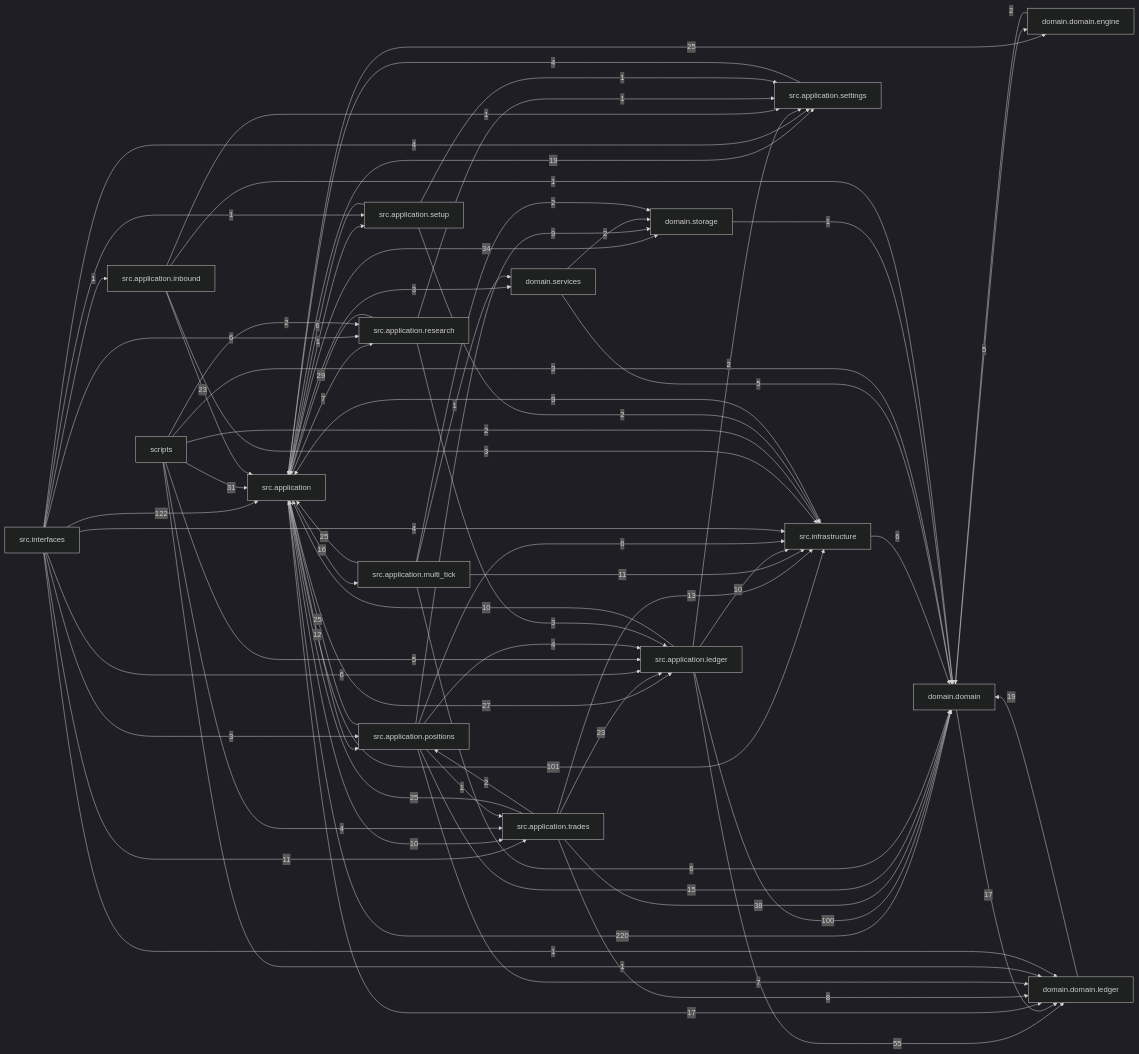
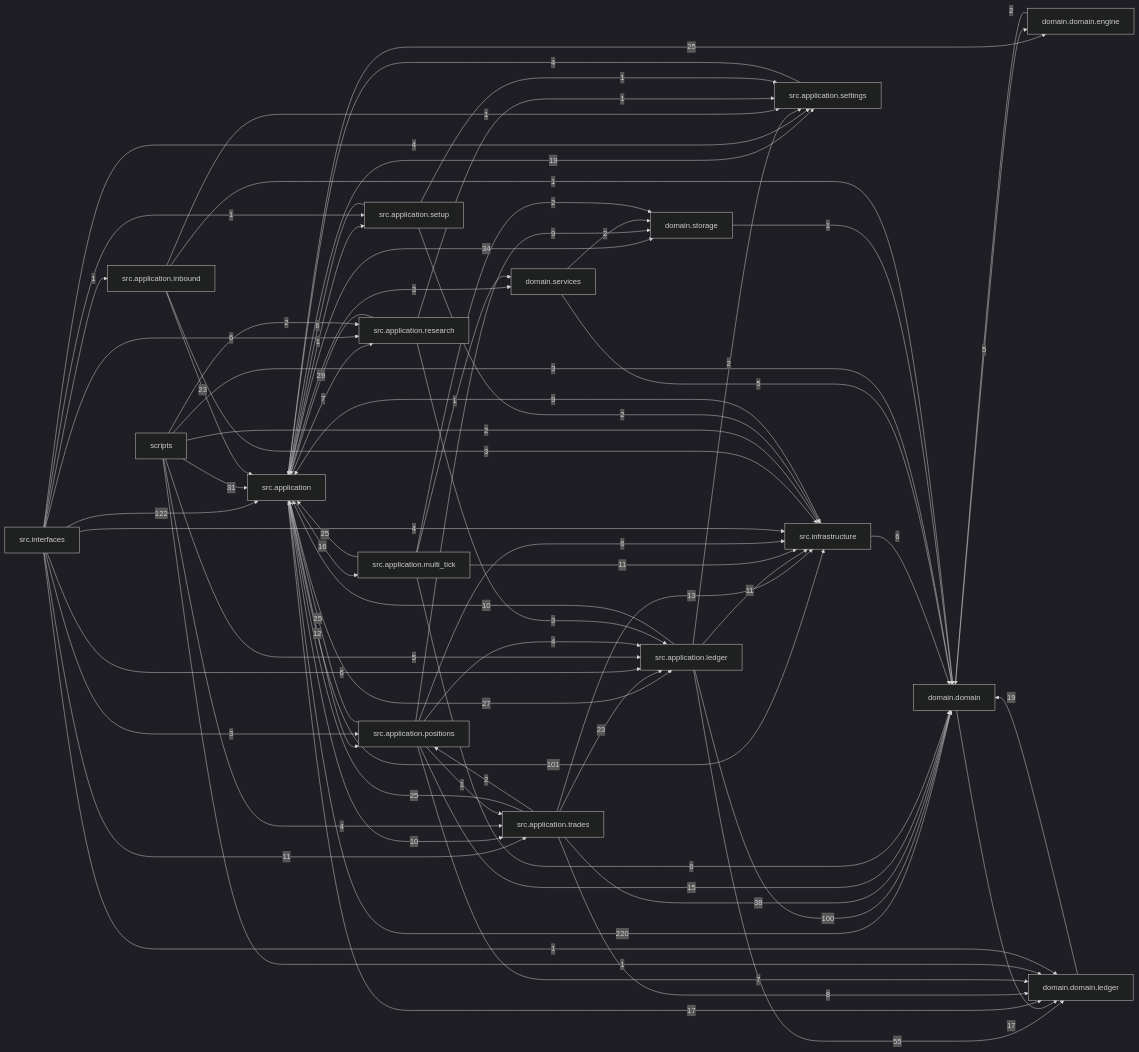
Before and after one commit to liuxie066/options-monitor: the diagram in docs/dependency_graph.mmd, drawn with Mermaid (dark theme). The commit also changed 18 other files, not shown here.

```diff
--- a/docs/dependency_graph.mmd
+++ b/docs/dependency_graph.mmd
@@ -1,74 +1,74 @@
 flowchart LR
   src_application["src.application"] -->|220| domain_domain["domain.domain"]
   src_interfaces["src.interfaces"] -->|122| src_application["src.application"]
   src_application["src.application"] -->|101| src_infrastructure["src.infrastructure"]
   src_application_ledger["src.application.ledger"] -->|100| domain_domain["domain.domain"]
   src_application_ledger["src.application.ledger"] -->|55| domain_domain_ledger["domain.domain.ledger"]
   src_application_trades["src.application.trades"] -->|38| domain_domain["domain.domain"]
   src_application["src.application"] -->|34| domain_storage["domain.storage"]
   scripts["scripts"] -->|31| src_application["src.application"]
   src_application_research["src.application.research"] -->|29| src_application["src.application"]
   src_application["src.application"] -->|27| src_application_ledger["src.application.ledger"]
   src_application["src.application"] -->|25| domain_domain_engine["domain.domain.engine"]
   src_application_multi_tick["src.application.multi_tick"] -->|25| src_application["src.application"]
   src_application_positions["src.application.positions"] -->|25| src_application["src.application"]
   src_application_trades["src.application.trades"] -->|25| src_application["src.application"]
   src_application_inbound["src.application.inbound"] -->|23| src_application["src.application"]
   src_application_trades["src.application.trades"] -->|23| src_application_ledger["src.application.ledger"]
   domain_domain_ledger["domain.domain.ledger"] -->|19| domain_domain["domain.domain"]
   src_application["src.application"] -->|19| src_application_settings["src.application.settings"]
   domain_domain["domain.domain"] -->|17| domain_domain_ledger["domain.domain.ledger"]
   src_application["src.application"] -->|17| domain_domain_ledger["domain.domain.ledger"]
   src_application["src.application"] -->|16| src_application_multi_tick["src.application.multi_tick"]
   src_application_positions["src.application.positions"] -->|15| domain_domain["domain.domain"]
   src_application_trades["src.application.trades"] -->|13| src_infrastructure["src.infrastructure"]
   src_application["src.application"] -->|12| src_application_positions["src.application.positions"]
+  src_application_ledger["src.application.ledger"] -->|11| src_infrastructure["src.infrastructure"]
   src_application_multi_tick["src.application.multi_tick"] -->|11| src_infrastructure["src.infrastructure"]
   src_interfaces["src.interfaces"] -->|11| src_application_trades["src.application.trades"]
   src_application["src.application"] -->|10| src_application_trades["src.application.trades"]
   src_application_ledger["src.application.ledger"] -->|10| src_application["src.application"]
-  src_application_ledger["src.application.ledger"] -->|10| src_infrastructure["src.infrastructure"]
   src_application_positions["src.application.positions"] -->|9| domain_storage["domain.storage"]
   src_infrastructure["src.infrastructure"] -->|9| src_application["src.application"]
   src_application_trades["src.application.trades"] -->|8| domain_domain_ledger["domain.domain.ledger"]
   src_application["src.application"] -->|7| src_application_research["src.application.research"]
   src_application_positions["src.application.positions"] -->|7| domain_domain_ledger["domain.domain.ledger"]
   src_application_multi_tick["src.application.multi_tick"] -->|6| domain_domain["domain.domain"]
   src_application_positions["src.application.positions"] -->|6| src_infrastructure["src.infrastructure"]
   src_application_setup["src.application.setup"] -->|6| src_application["src.application"]
   src_infrastructure["src.infrastructure"] -->|6| domain_domain["domain.domain"]
   src_interfaces["src.interfaces"] -->|6| src_application_ledger["src.application.ledger"]
   src_interfaces["src.interfaces"] -->|6| src_application_research["src.application.research"]
   domain_domain["domain.domain"] -->|5| domain_domain_engine["domain.domain.engine"]
   domain_services["domain.services"] -->|5| domain_domain["domain.domain"]
   scripts["scripts"] -->|5| src_application_ledger["src.application.ledger"]
   scripts["scripts"] -->|4| src_application_trades["src.application.trades"]
   src_application_positions["src.application.positions"] -->|4| src_application_ledger["src.application.ledger"]
   src_application_settings["src.application.settings"] -->|4| src_application["src.application"]
   src_interfaces["src.interfaces"] -->|4| src_application_settings["src.application.settings"]
   src_interfaces["src.interfaces"] -->|4| src_infrastructure["src.infrastructure"]
   scripts["scripts"] -->|3| domain_domain["domain.domain"]
   src_application["src.application"] -->|3| domain_services["domain.services"]
   src_application_inbound["src.application.inbound"] -->|3| src_infrastructure["src.infrastructure"]
   src_application_research["src.application.research"] -->|3| src_application_ledger["src.application.ledger"]
   src_interfaces["src.interfaces"] -->|3| src_application_positions["src.application.positions"]
   domain_domain_engine["domain.domain.engine"] -->|2| domain_domain["domain.domain"]
   domain_services["domain.services"] -->|2| domain_storage["domain.storage"]
   scripts["scripts"] -->|2| src_application_research["src.application.research"]
   scripts["scripts"] -->|2| src_infrastructure["src.infrastructure"]
   src_application_ledger["src.application.ledger"] -->|2| src_application_settings["src.application.settings"]
   src_application_multi_tick["src.application.multi_tick"] -->|2| domain_storage["domain.storage"]
   src_application_setup["src.application.setup"] -->|2| src_infrastructure["src.infrastructure"]
   src_application_trades["src.application.trades"] -->|2| src_application_positions["src.application.positions"]
   domain_storage["domain.storage"] -->|1| domain_domain["domain.domain"]
   scripts["scripts"] -->|1| domain_domain_ledger["domain.domain.ledger"]
   src_application["src.application"] -->|1| src_application_setup["src.application.setup"]
   src_application_inbound["src.application.inbound"] -->|1| domain_domain["domain.domain"]
   src_application_inbound["src.application.inbound"] -->|1| src_application_settings["src.application.settings"]
   src_application_multi_tick["src.application.multi_tick"] -->|1| domain_services["domain.services"]
   src_application_positions["src.application.positions"] -->|1| src_application_trades["src.application.trades"]
   src_application_research["src.application.research"] -->|1| src_application_settings["src.application.settings"]
   src_application_setup["src.application.setup"] -->|1| src_application_settings["src.application.settings"]
   src_interfaces["src.interfaces"] -->|1| domain_domain_ledger["domain.domain.ledger"]
   src_interfaces["src.interfaces"] -->|1| src_application_inbound["src.application.inbound"]
   src_interfaces["src.interfaces"] -->|1| src_application_setup["src.application.setup"]
```
